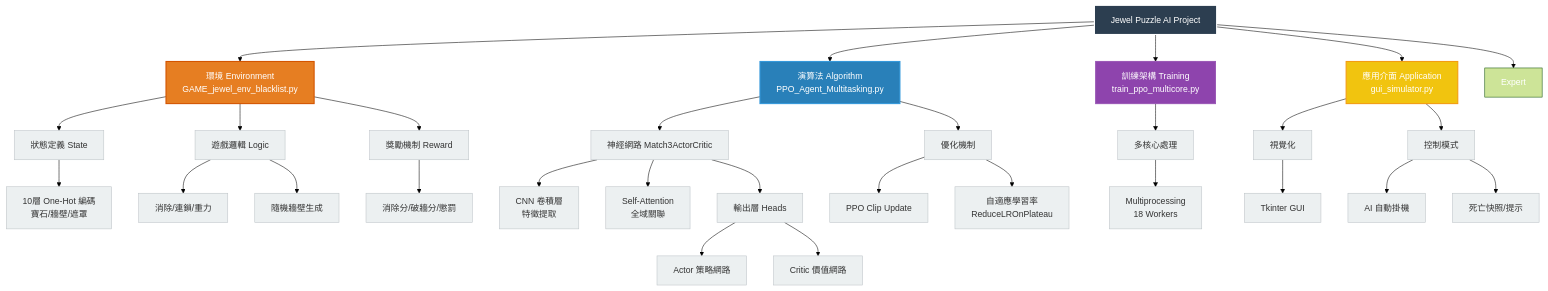
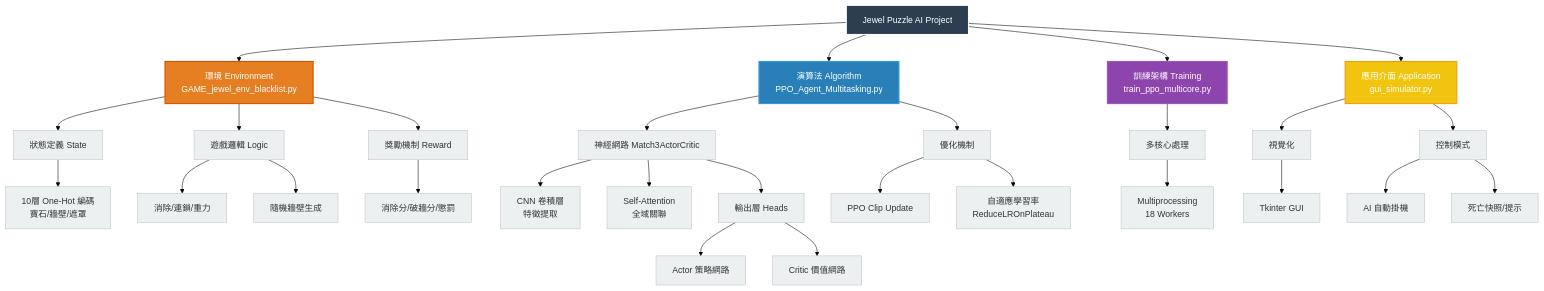
Before and after one commit to gordonpow/Machine-Learning-and-Practice: the diagram in jewel_ai/PPO/README.md, drawn with Mermaid (forest theme).

````diff
--- a/jewel_ai/PPO/README.md
+++ b/jewel_ai/PPO/README.md
@@ -163,58 +163,57 @@
 ```mermaid
 graph TD
     %% 定義樣式
     classDef root fill:#2c3e50,stroke:#fff,stroke-width:2px,color:#fff;
     classDef env fill:#e67e22,stroke:#d35400,stroke-width:2px,color:#fff;
     classDef algo fill:#2980b9,stroke:#3498db,stroke-width:2px,color:#fff;
     classDef expert fill:#27ae60,stroke:#2ecc71,stroke-width:2px,color:#fff;
     classDef train fill:#8e44ad,stroke:#9b59b6,stroke-width:2px,color:#fff;
     classDef ui fill:#f1c40f,stroke:#f39c12,stroke-width:2px,color:#fff;
     classDef sub fill:#ecf0f1,stroke:#bdc3c7,stroke-width:1px,color:#333;
 
     %% 根節點
     Root[Jewel Puzzle AI Project]:::root
 
     %% 第一層
     Env[環境 Environment<br>GAME_jewel_env_blacklist.py]:::env
     Algo[演算法 Algorithm<br>PPO_Agent_Multitasking.py]:::algo
     Train[訓練架構 Training<br>train_ppo_multicore.py]:::train
     UI[應用介面 Application<br>gui_simulator.py]:::ui
 
     Root --> Env
     Root --> Algo
-    Root --> Expert
     Root --> Train
     Root --> UI
 
     %% 環境細節
     Env --> State[狀態定義 State]:::sub
     State --> OneHot[10層 One-Hot 編碼<br>寶石/牆壁/遮罩]:::sub
     Env --> Logic[遊戲邏輯 Logic]:::sub
     Logic --> Rules[消除/連鎖/重力]:::sub
     Logic --> Wall[隨機牆壁生成]:::sub
     Env --> Reward[獎勵機制 Reward]:::sub
     Reward --> R_Calc[消除分/破牆分/懲罰]:::sub
 
     %% 演算法細節
     Algo --> Network[神經網路 Match3ActorCritic]:::sub
     Network --> CNN[CNN 卷積層<br>特徵提取]:::sub
     Network --> Attention[Self-Attention<br>全域關聯]:::sub
     Network --> Heads[輸出層 Heads]:::sub
     Heads --> Actor[Actor 策略網路]:::sub
     Heads --> Critic[Critic 價值網路]:::sub
     Algo --> Opt[優化機制]:::sub
     Opt --> PPO[PPO Clip Update]:::sub
     Opt --> LR[自適應學習率<br>ReduceLROnPlateau]:::sub
 
 
     %% 訓練架構細節
     Train --> Multi[多核心處理]:::sub
     Multi --> MP[Multiprocessing<br>18 Workers]:::sub
 
     %% UI 細節
     UI --> Visual[視覺化]:::sub
     Visual --> Tkinter[Tkinter GUI]:::sub
     UI --> Control[控制模式]:::sub
     Control --> Auto[AI 自動掛機]:::sub
     Control --> Debug[死亡快照/提示]:::sub
 ```
````
